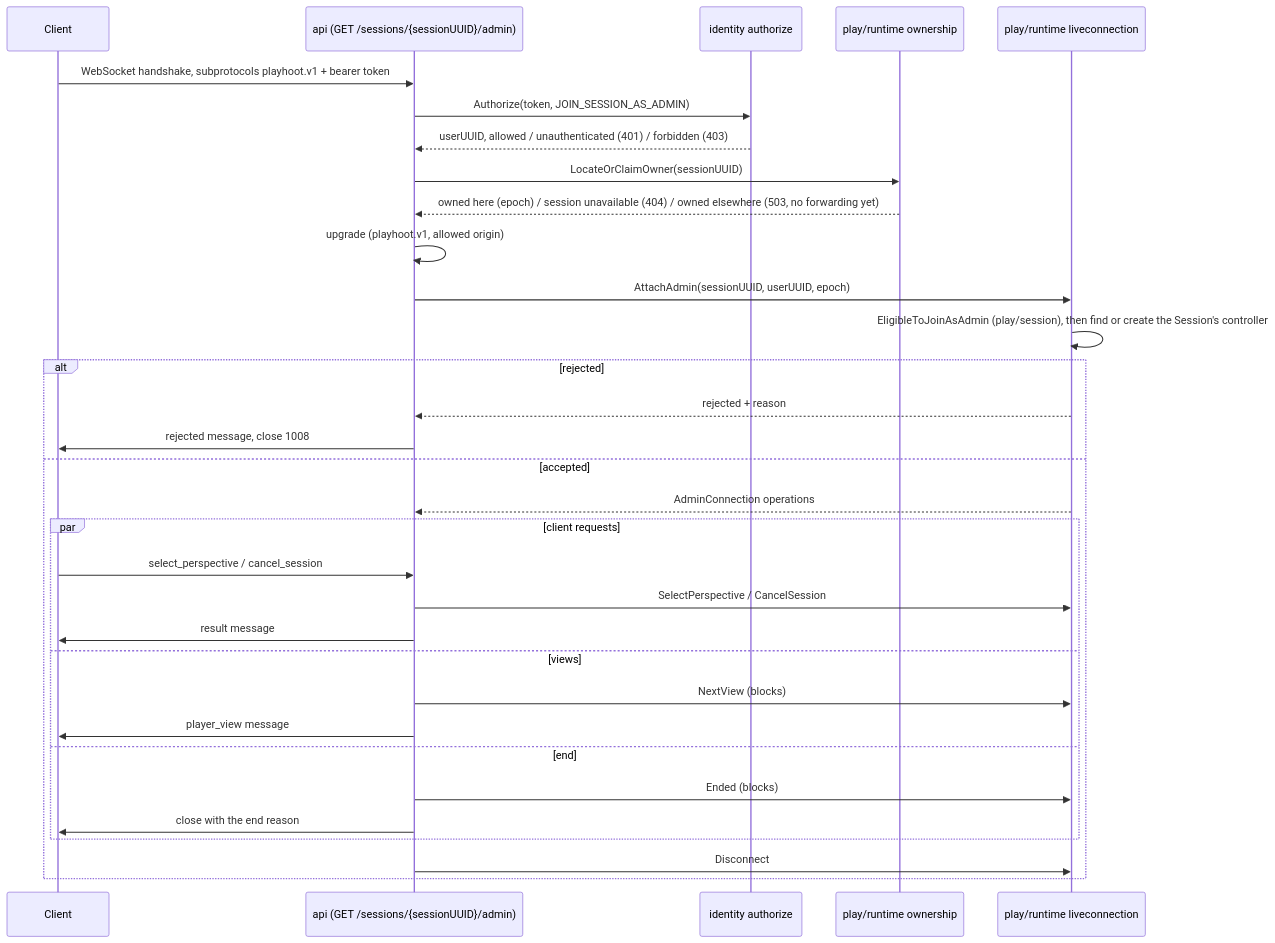
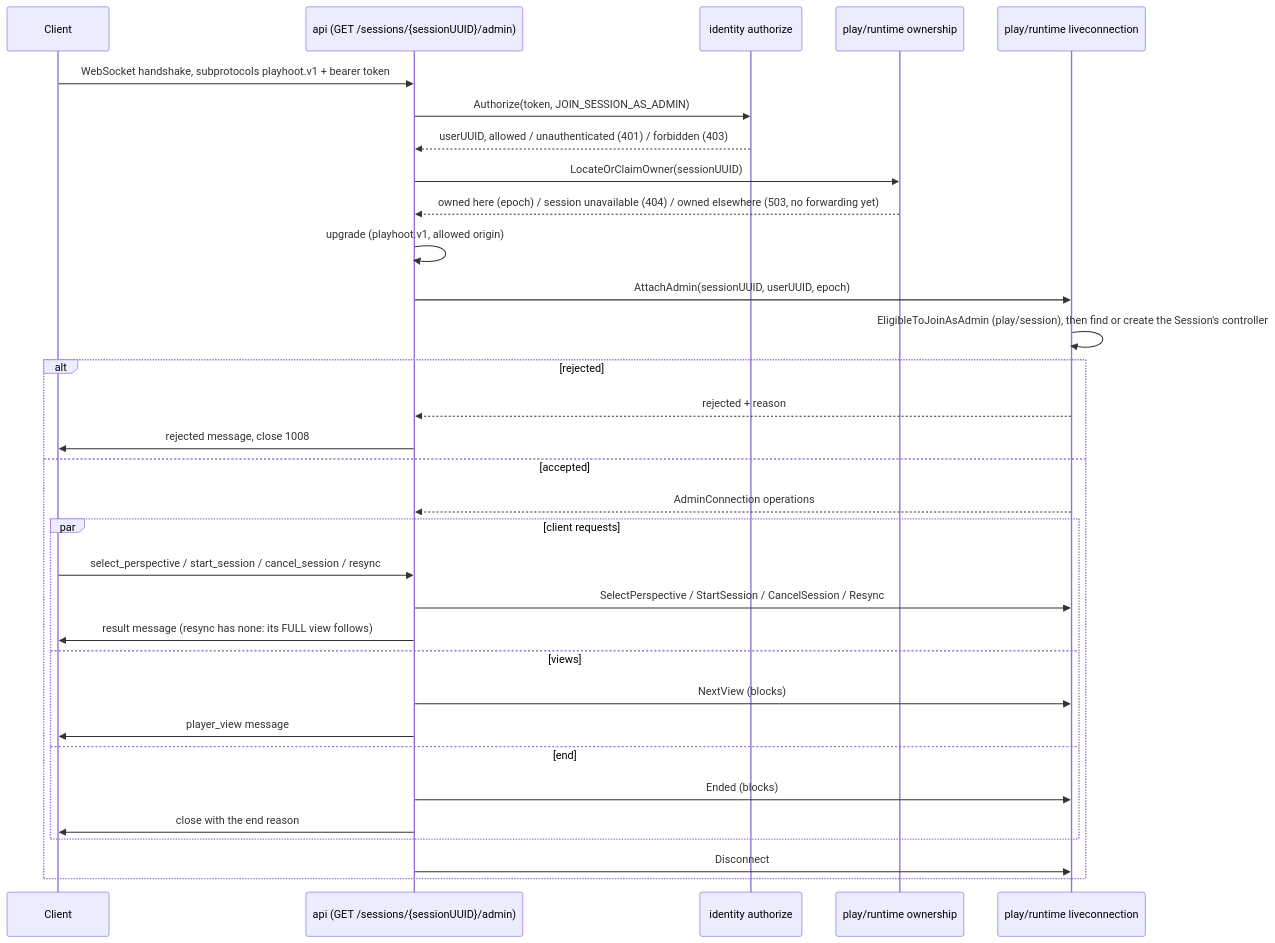
Before and after one commit to diegobermudez03/playhoot: the second of 2 diagrams in docs/architecture/CROSS_DOMAIN_FLOWS.md, drawn with Mermaid. The commit also changed 15 other files, not shown here.

Commit message:
admin select view

````diff
--- a/docs/architecture/CROSS_DOMAIN_FLOWS.md
+++ b/docs/architecture/CROSS_DOMAIN_FLOWS.md
@@ -42,35 +42,35 @@
 ```mermaid
 sequenceDiagram
     participant Client
     participant API as api (GET /sessions/{sessionUUID}/admin)
     participant Identity as identity authorize
     participant Owner as play/runtime ownership
     participant Live as play/runtime liveconnection
 
     Client->>API: WebSocket handshake, subprotocols playhoot.v1 + bearer token
     API->>Identity: Authorize(token, JOIN_SESSION_AS_ADMIN)
     Identity-->>API: userUUID, allowed / unauthenticated (401) / forbidden (403)
     API->>Owner: LocateOrClaimOwner(sessionUUID)
     Owner-->>API: owned here (epoch) / session unavailable (404) / owned elsewhere (503, no forwarding yet)
     API->>API: upgrade (playhoot.v1, allowed origin)
     API->>Live: AttachAdmin(sessionUUID, userUUID, epoch)
     Live->>Live: EligibleToJoinAsAdmin (play/session), then find or create the Session's controller
     alt rejected
         Live-->>API: rejected + reason
         API->>Client: rejected message, close 1008
     else accepted
         Live-->>API: AdminConnection operations
         par client requests
-            Client->>API: select_perspective / cancel_session
-            API->>Live: SelectPerspective / CancelSession
-            API->>Client: result message
+            Client->>API: select_perspective / start_session / cancel_session / resync
+            API->>Live: SelectPerspective / StartSession / CancelSession / Resync
+            API->>Client: result message (resync has none: its FULL view follows)
         and views
             API->>Live: NextView (blocks)
             API->>Client: player_view message
         and end
             API->>Live: Ended (blocks)
             API->>Client: close with the end reason
         end
         API->>Live: Disconnect
     end
 ```
````
